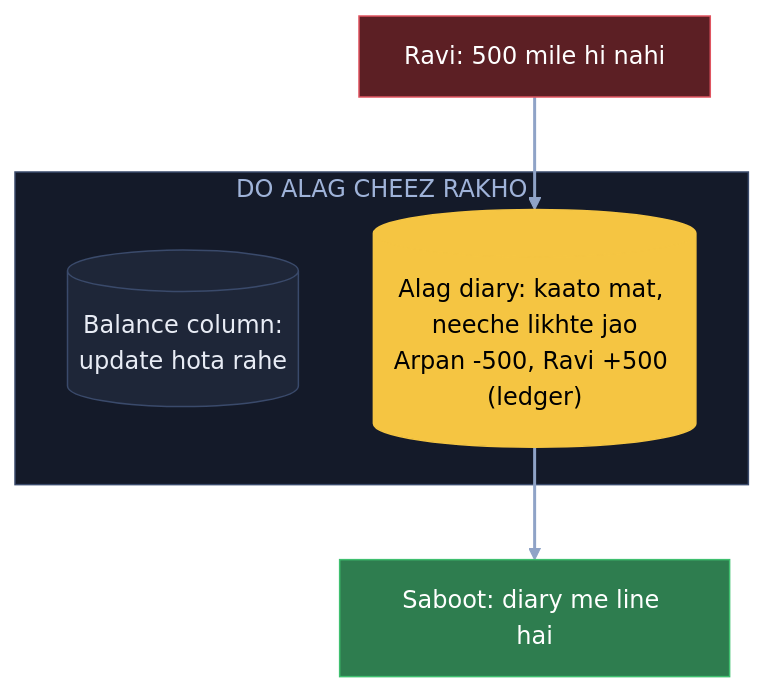
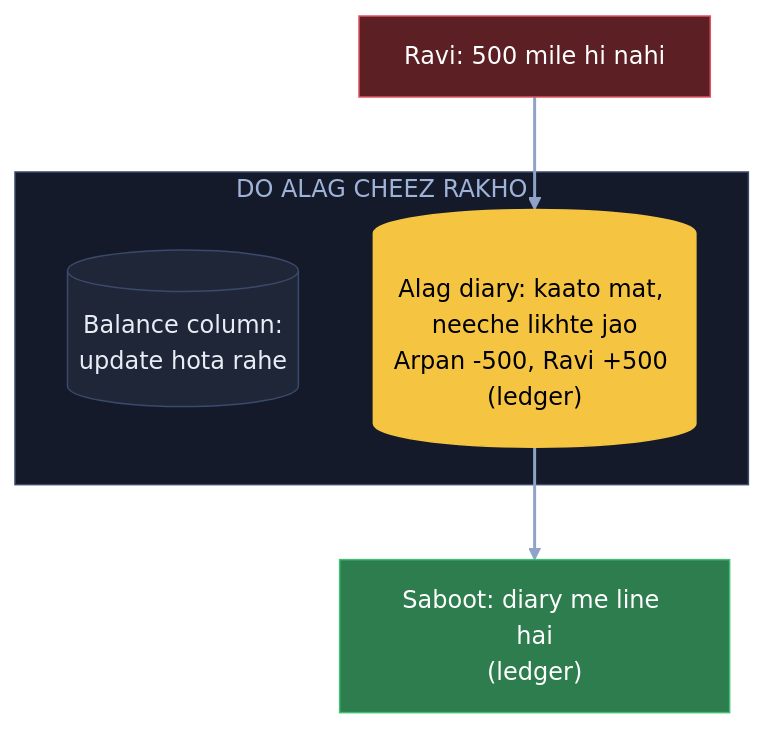
The fourth of 22 diagrams in 04_HLD/SYSTEM_DESIGNS/13_banking_system/13_banking_system.md (ArpanMaheshwari144/Prep), drawn with Mermaid (base theme) before and after one commit. The commit also changed other lines of this file and 20 other files, not shown here.

Commit message:
HLD main files: diagram me kahani shabd + bracket me asli naam (21 design, 182 label)

````diff
--- a/04_HLD/SYSTEM_DESIGNS/13_banking_system/13_banking_system.md
+++ b/04_HLD/SYSTEM_DESIGNS/13_banking_system/13_banking_system.md
@@ -197,17 +197,17 @@
 ```mermaid
 flowchart TB
     R["Ravi: 500 mile hi nahi"]:::bad
     subgraph DA["DO ALAG CHEEZ RAKHO"]
         C[("Balance column:<br/>update hota rahe")]:::card
         L[("Alag diary: kaato mat, neeche likhte jao<br/>Arpan -500, Ravi +500 (ledger)")]:::pill
     end
-    OK["Saboot: diary me line hai"]:::good
+    OK["Saboot: diary me line hai<br/>(ledger)"]:::good
     R --> L
     L --> OK
     linkStyle default stroke:#8fa3c7,stroke-width:2px
     classDef card fill:#1e2638,stroke:#3a4a6b,color:#e8ecf5
     classDef pill fill:#f5c542,stroke:#f5c542,color:#000
     classDef good fill:#2e7d4f,stroke:#3fbf6f,color:#fff
     classDef bad fill:#5c1f24,stroke:#e05561,color:#fff
     style DA fill:#141a29,stroke:#3a4a6b,color:#9fb3d9
 ```
````
